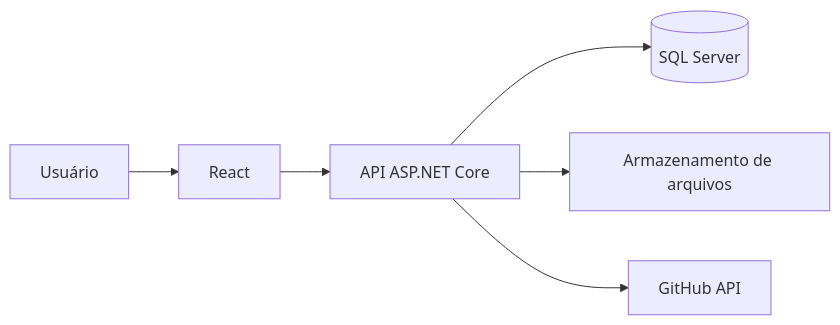
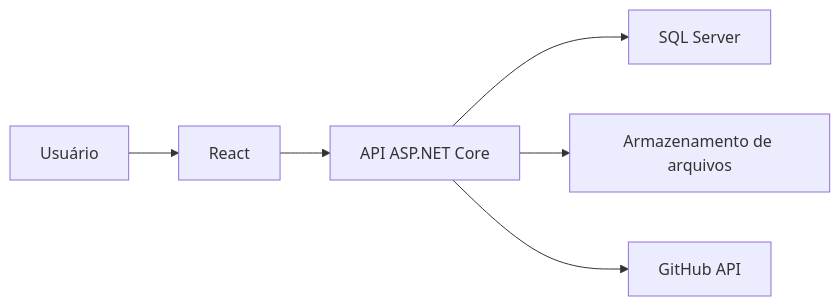
Before and after one commit to IgorHLeal/PortifolioDev: the first of 2 diagrams in README.md, drawn with Mermaid. The commit also changed other lines of this file and 2 other files, not shown here.

Commit message:
fix: corrige renderização dos diagramas Mermaid

````diff
--- a/README.md
+++ b/README.md
@@ -63,8 +63,8 @@
 ```mermaid
-flowchart LR
-    U[Usuário] --> W[React]
-    W --> A[API ASP.NET Core]
-    A --> D[(SQL Server)]
-    A --> S[Armazenamento de arquivos]
-    A --> G[GitHub API]
+graph LR
+    user["Usuário"] --> web["React"]
+    web --> api["API ASP.NET Core"]
+    api --> database["SQL Server"]
+    api --> storage["Armazenamento de arquivos"]
+    api --> github["GitHub API"]
 ```
````
